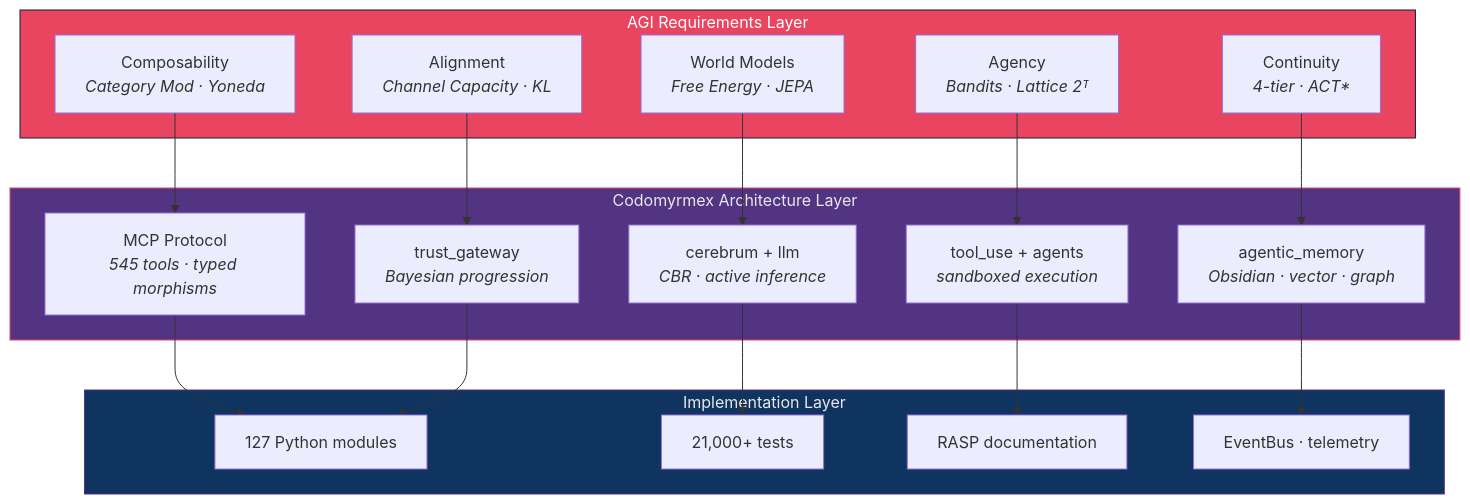
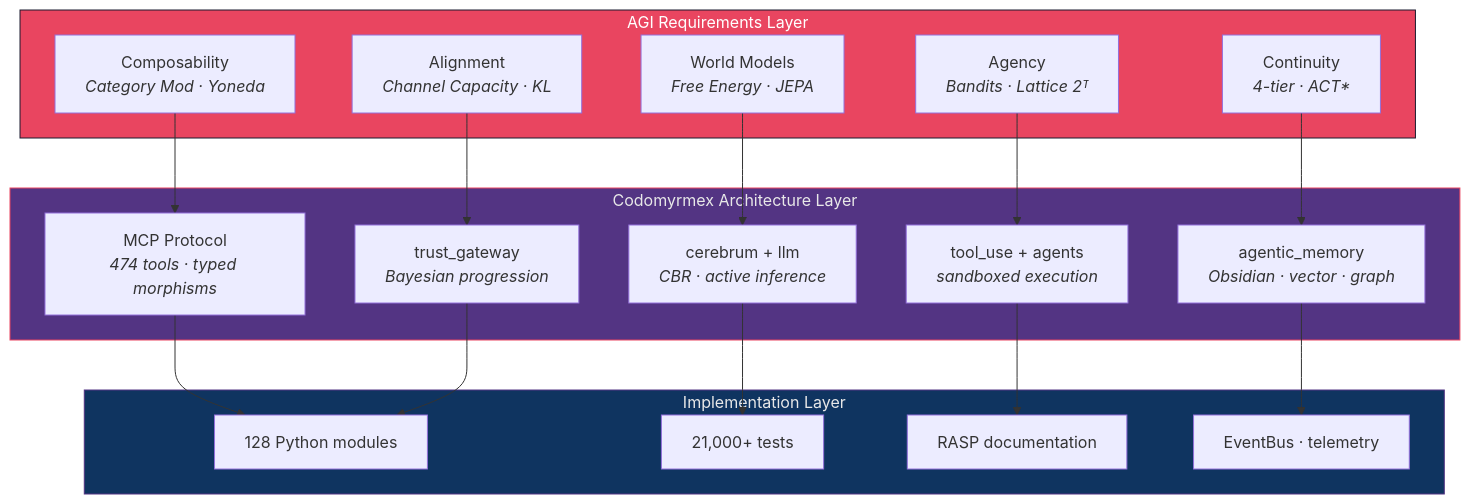
The first of 3 diagrams in docs/agi/README.md (docxology/codomyrmex), drawn with Mermaid before and after one commit. The commit also changed other lines of this file and 44 other files, not shown here.

````diff
--- a/docs/agi/README.md
+++ b/docs/agi/README.md
@@ -13,41 +13,41 @@
 ```mermaid
 graph TB
     subgraph AGI_LAYER["AGI Requirements Layer"]
         COMP["Composability<br/><i>Category Mod · Yoneda</i>"]
         WORLD["World Models<br/><i>Free Energy · JEPA</i>"]
         AGENCY["Agency<br/><i>Bandits · Lattice 2ᵀ</i>"]
         MEMORY["Continuity<br/><i>4-tier · ACT*</i>"]
         SAFETY["Alignment<br/><i>Channel Capacity · KL</i>"]
     end
 
     subgraph ARCH_LAYER["Codomyrmex Architecture Layer"]
-        MCP["MCP Protocol<br/><i>545 tools · typed morphisms</i>"]
+        MCP["MCP Protocol<br/><i>474 tools · typed morphisms</i>"]
         CEREB["cerebrum + llm<br/><i>CBR · active inference</i>"]
         TOOL["tool_use + agents<br/><i>sandboxed execution</i>"]
         AMEM["agentic_memory<br/><i>Obsidian · vector · graph</i>"]
         TRUST["trust_gateway<br/><i>Bayesian progression</i>"]
     end
 
     subgraph IMPL_LAYER["Implementation Layer"]
-        CODE["127 Python modules"]
+        CODE["128 Python modules"]
         TESTS["21,000+ tests"]
         RASP["RASP documentation"]
         EVENTS_L["EventBus · telemetry"]
     end
 
     COMP --> MCP
     WORLD --> CEREB
     AGENCY --> TOOL
     MEMORY --> AMEM
     SAFETY --> TRUST
 
     MCP --> CODE
     CEREB --> TESTS
     TOOL --> RASP
     AMEM --> EVENTS_L
     TRUST --> CODE
 
     style AGI_LAYER fill:#e94560,stroke:#1a1a2e,color:#fff
     style ARCH_LAYER fill:#533483,stroke:#e94560,color:#e8e8e8
     style IMPL_LAYER fill:#0f3460,stroke:#533483,color:#e8e8e8
 ```
````
